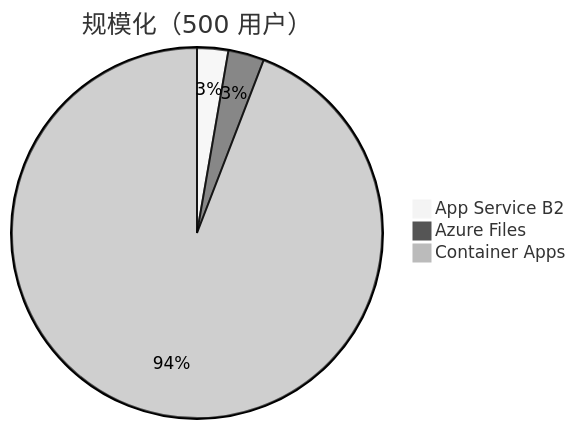
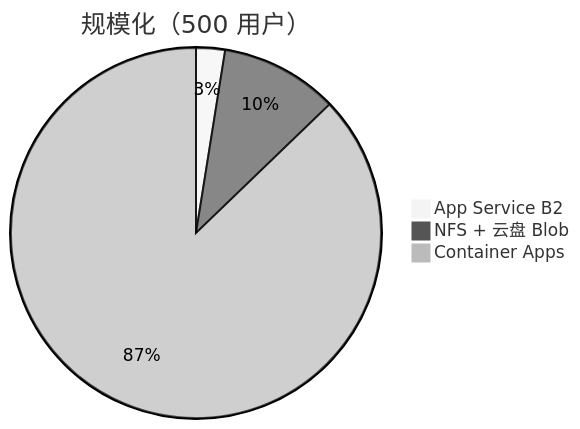
Before and after one commit to jiayiyan-AI/laifu: diagram 11 of 14 in docs/architecture.md, drawn with Mermaid (neutral theme). The commit also changed other lines of this file and 14 other files, not shown here.

````diff
--- a/docs/architecture.md
+++ b/docs/architecture.md
@@ -803,6 +823,6 @@
 ```mermaid
 pie title 规模化（500 用户）
     "App Service B2" : 26
-    "Azure Files" : 30
+    "NFS + 云盘 Blob" : 106
     "Container Apps" : 900
 ```
````
